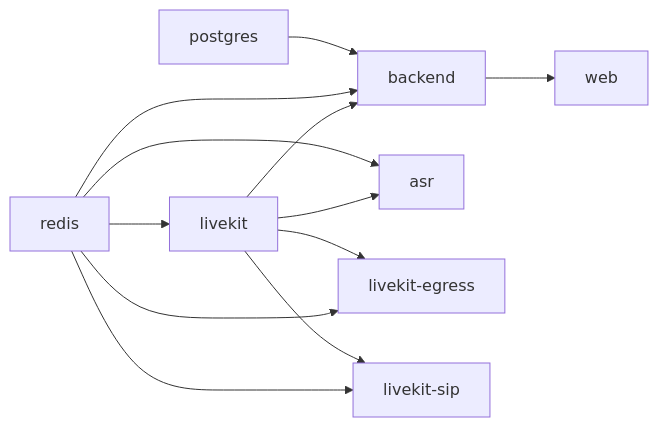
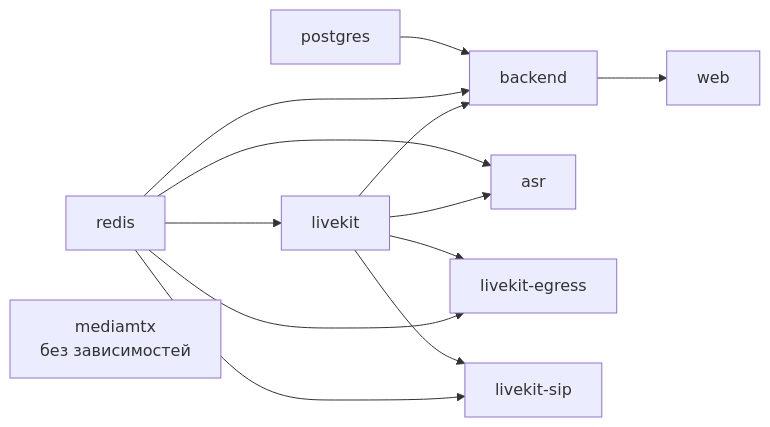
Before and after one commit to calleograph/peregovorka: the second of 3 diagrams in wiki/Архитектура-Развёртывание.md, drawn with Mermaid. The commit also changed other lines of this file and 322 other files, not shown here.

````diff
--- a/wiki/Архитектура-Развёртывание.md
+++ b/wiki/Архитектура-Развёртывание.md
@@ -64,14 +108,15 @@
 ```mermaid
 flowchart LR
   R["redis"] --> LK["livekit"]
   PG["postgres"] --> B["backend"]
   R --> B
   LK --> B
   B --> W["web"]
   R --> A["asr"]
   LK --> A
   LK --> E["livekit-egress"]
   R --> E
   LK --> S["livekit-sip"]
   R --> S
+  M["mediamtx<br/>без зависимостей"]
 ```
````
